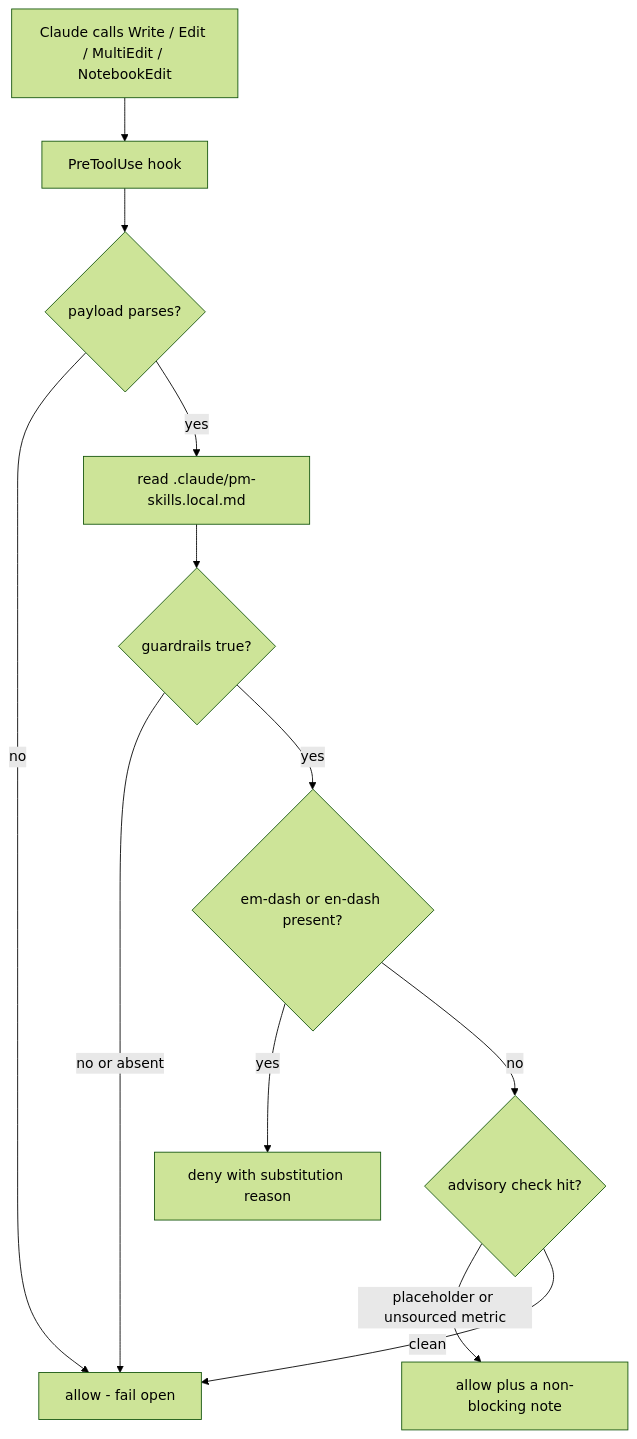
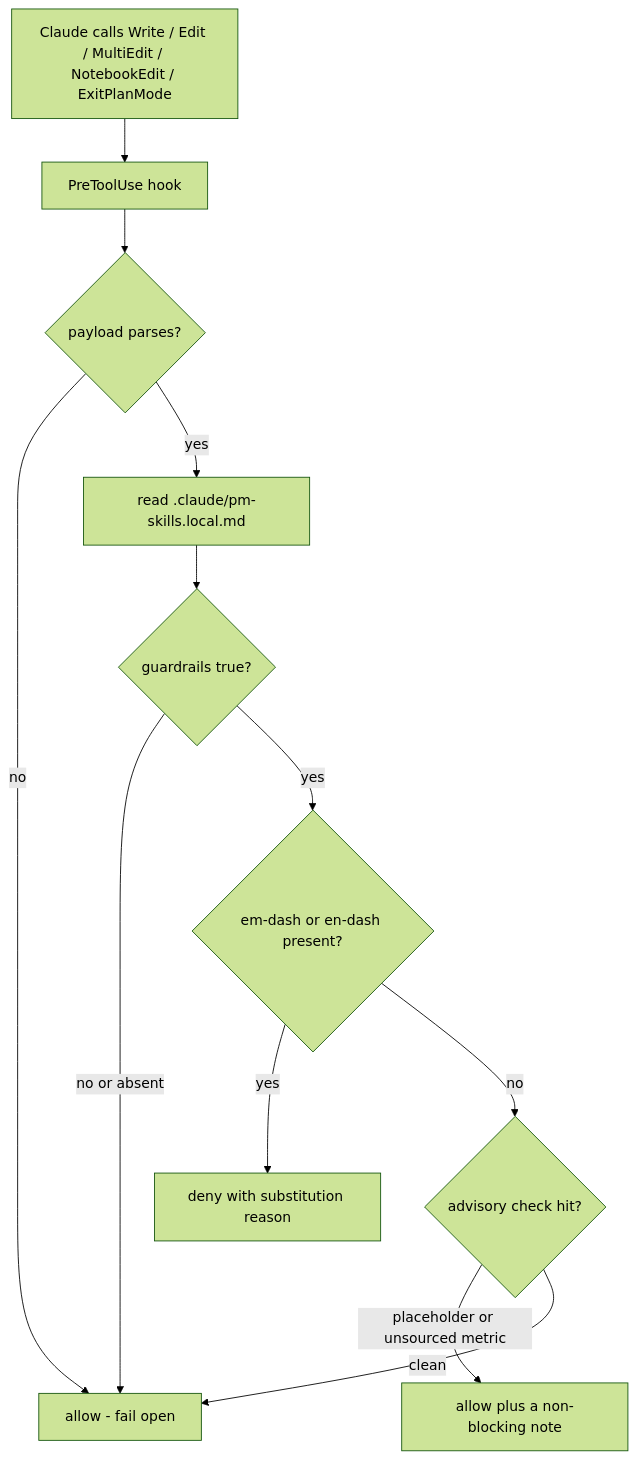
Before and after one commit to product-on-purpose/pm-skills: the first of 3 diagrams in site/src/content/docs/concepts/hooks.md, drawn with Mermaid (forest theme). The commit also changed other lines of this file and 9 other files, not shown here.

First line of the commit message:
fix(v2.25.0): resolve Codex adversarial-review findings (plan-mode + router ambiguity)

````diff
--- a/site/src/content/docs/concepts/hooks.md
+++ b/site/src/content/docs/concepts/hooks.md
@@ -28,14 +28,14 @@
 ```mermaid
 flowchart TD
-    A[Claude calls Write / Edit / MultiEdit / NotebookEdit] --> B[PreToolUse hook]
+    A[Claude calls Write / Edit / MultiEdit / NotebookEdit / ExitPlanMode] --> B[PreToolUse hook]
     B --> C{payload parses?}
     C -->|no| ALLOW[allow - fail open]
     C -->|yes| D[read .claude/pm-skills.local.md]
     D --> E{guardrails true?}
     E -->|no or absent| ALLOW
     E -->|yes| F{em-dash or en-dash present?}
     F -->|yes| DENY[deny with substitution reason]
     F -->|no| G{advisory check hit?}
     G -->|placeholder or unsourced metric| WARN[allow plus a non-blocking note]
     G -->|clean| ALLOW
 ```
````
